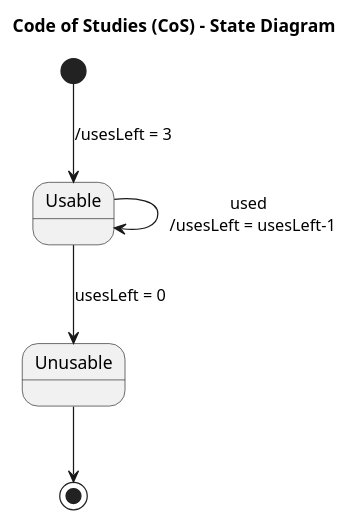
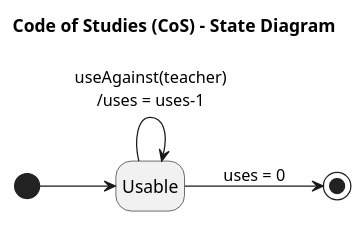
One commit to sn4k3ch4rm3r/logarlec changed the diagram in docs/diagrams/state/COS-state.puml. Above: the diagram before and after it, drawn with PlantUML. The commit also changed 9 other files, not shown here.

```diff
--- a/docs/diagrams/state/COS-state.puml
+++ b/docs/diagrams/state/COS-state.puml
@@ -1,7 +1,10 @@
 @startuml CoS
+left to right direction
+
 title Code of Studies (CoS) - State Diagram
-[*] --> Usable: /usesLeft = 3
-Usable --> Usable: used \n /usesLeft = usesLeft-1
-Usable --> Unusable: usesLeft = 0
-Unusable --> [*]
+hide empty description
+
+[*] --> Usable
+Usable --> Usable: useAgainst(teacher)\n/uses = uses-1
+Usable --> [*]: uses = 0
 @enduml
```
